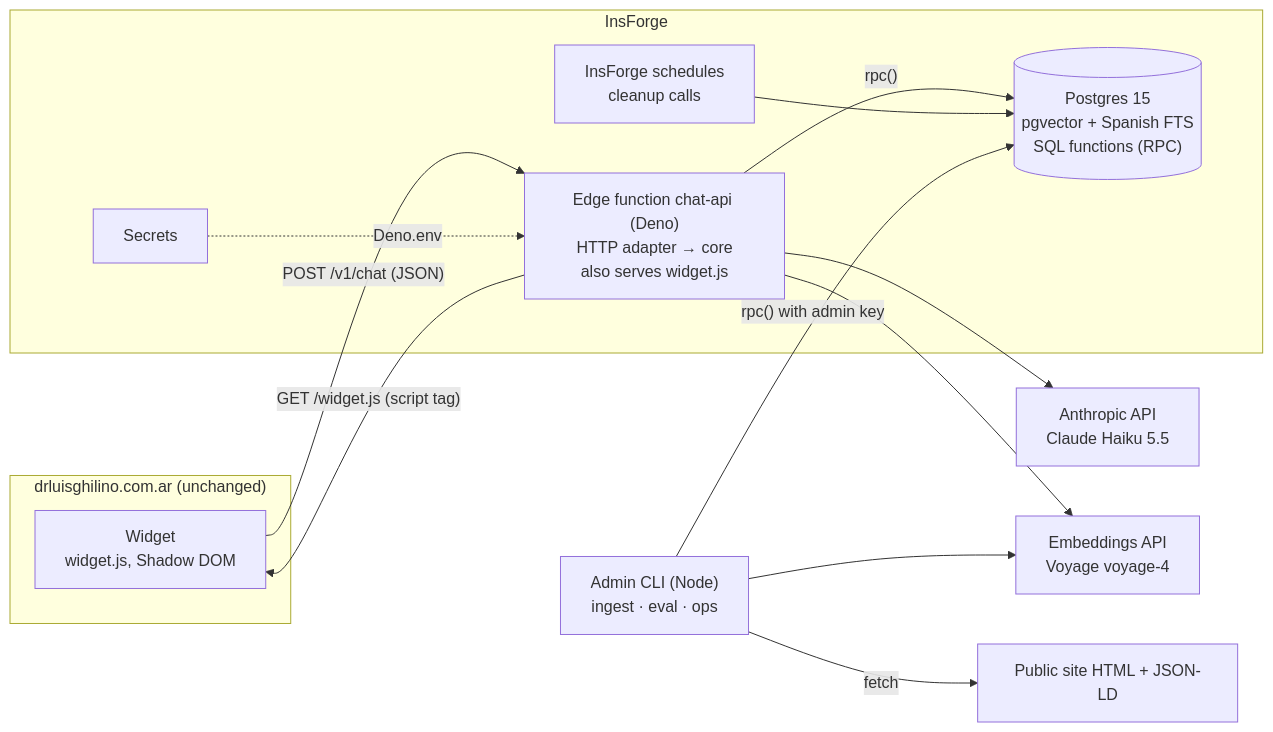
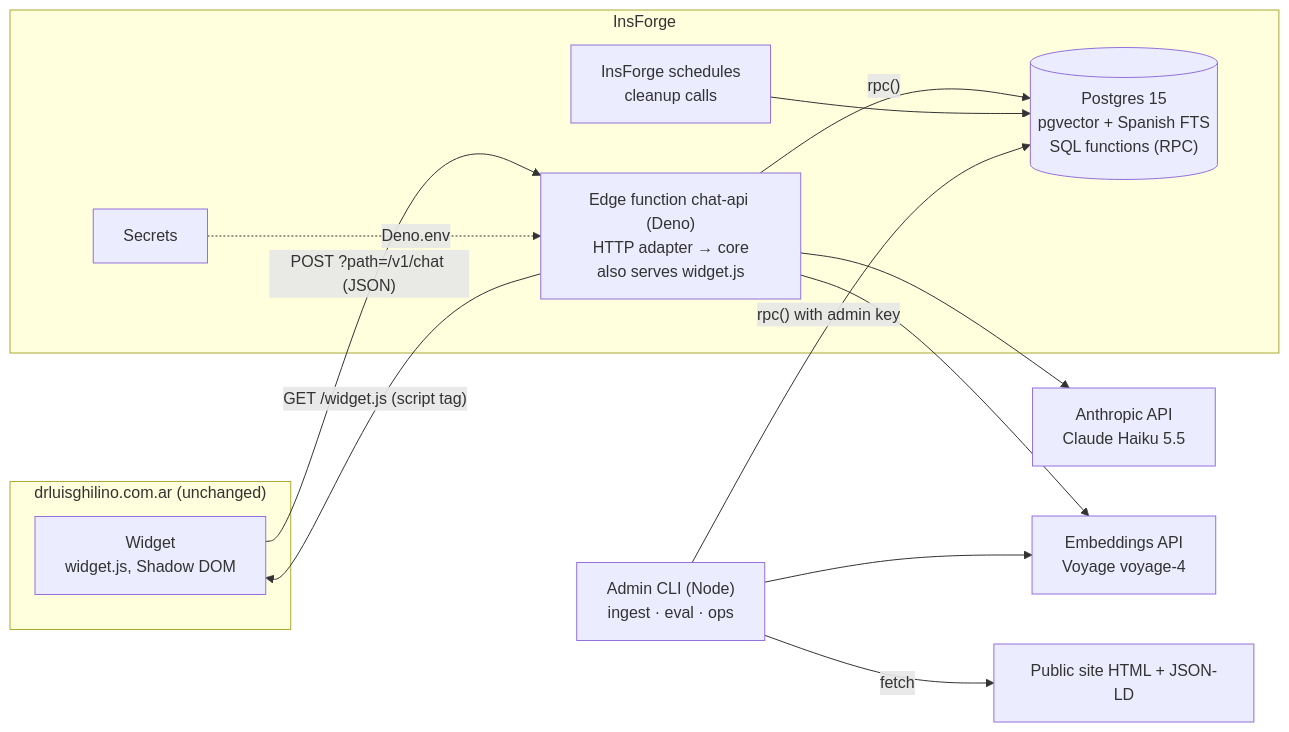
One commit to tomasghilino/dr-ghilino-assistant changed the first of 2 diagrams in ARCHITECTURE.md. Above: the diagram before and after it, drawn with Mermaid. The commit also changed other lines of this file and 7 other files, not shown here.

````diff
--- a/ARCHITECTURE.md
+++ b/ARCHITECTURE.md
@@ -28,27 +28,27 @@
 ```mermaid
 flowchart LR
   subgraph Browser["drluisghilino.com.ar (unchanged)"]
     W["Widget<br/>widget.js, Shadow DOM"]
   end
   subgraph InsForge
     F["Edge function chat-api (Deno)<br/>HTTP adapter → core<br/>also serves widget.js"]
     DB[("Postgres 15<br/>pgvector + Spanish FTS<br/>SQL functions (RPC)")]
     CRON["InsForge schedules<br/>cleanup calls"]
     SEC["Secrets"]
   end
   A["Anthropic API<br/>Claude Haiku 5.5"]
   E["Embeddings API<br/>Voyage voyage-4"]
   CLI["Admin CLI (Node)<br/>ingest · eval · ops"]
   SITE["Public site HTML + JSON-LD"]
 
   F -- "GET /widget.js (script tag)" --> W
-  W -- "POST /v1/chat (JSON)" --> F
+  W -- "POST ?path=/v1/chat (JSON)" --> F
   F -- "rpc()" --> DB
   F --> A
   F --> E
   SEC -. "Deno.env" .-> F
   CRON --> DB
   CLI -- "fetch" --> SITE
   CLI --> E
   CLI -- "rpc() with admin key" --> DB
 ```
````
